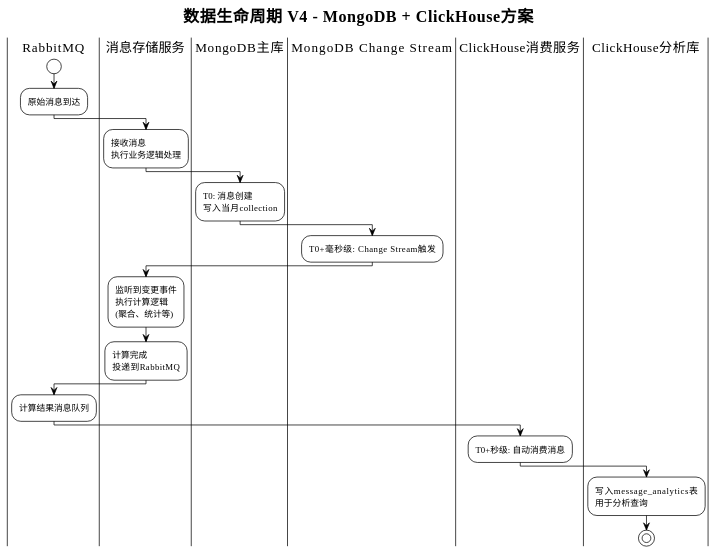
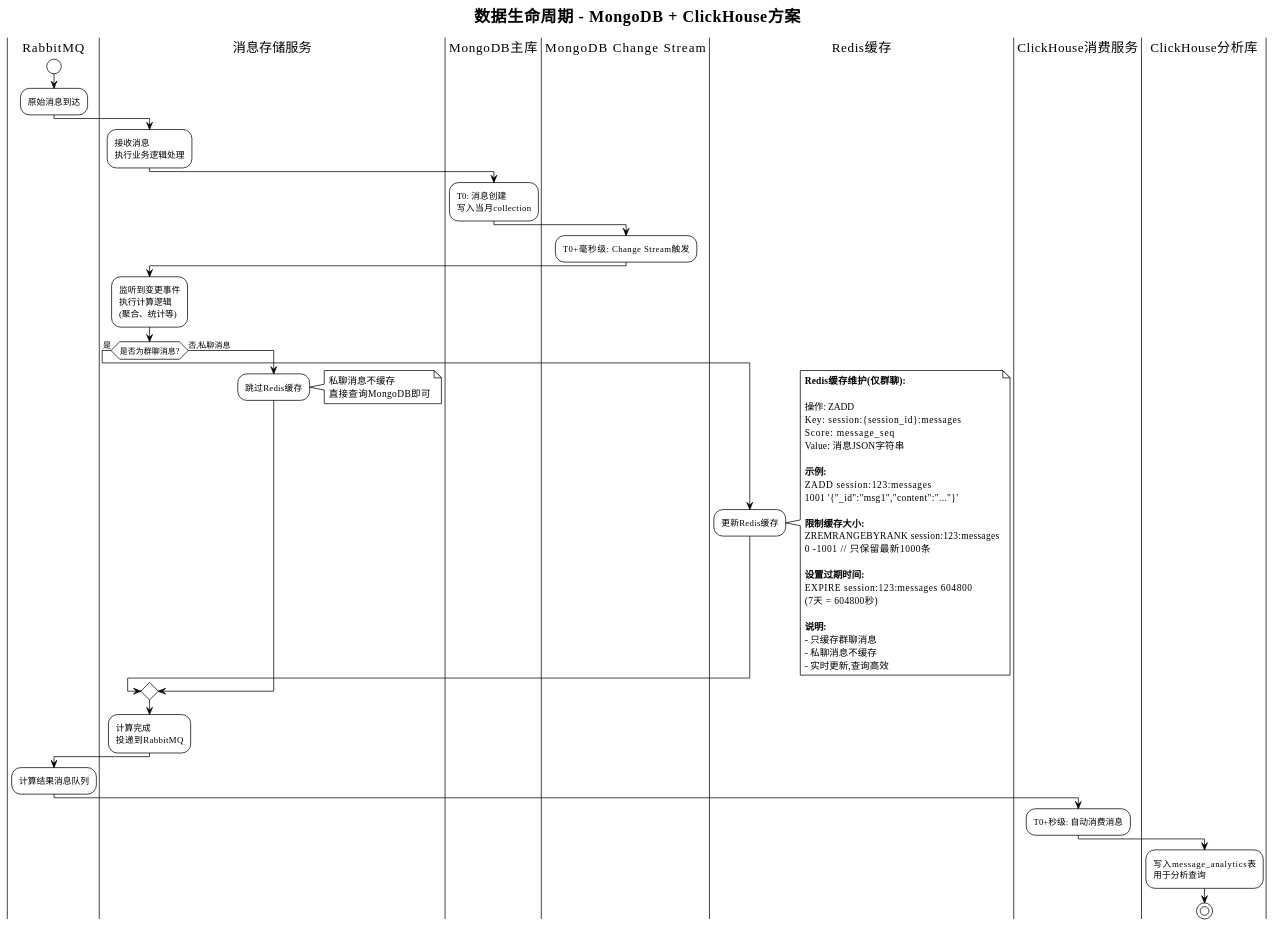
Before and after one commit to bluemacaw-zhou/note: the diagram in im/data-lifecycle.md, drawn with PlantUML.

````diff
--- a/im/data-lifecycle.md
+++ b/im/data-lifecycle.md
@@ -1,8 +1,7 @@
-```plantuml
 @startuml 数据生命周期V4-MongoDB+ClickHouse
 !theme plain
 
-title 数据生命周期 V4 - MongoDB + ClickHouse方案
+title 数据生命周期 - MongoDB + ClickHouse方案
 
 |RabbitMQ|
 
@@ -30,6 +29,51 @@
 执行计算逻辑
 (聚合、统计等);
 
+if (是否为群聊消息?) then (是)
+
+    |Redis缓存|
+
+    :更新Redis缓存;
+    note right
+        <b>Redis缓存维护(仅群聊):</b>
+
+        操作: ZADD
+        Key: session:{session_id}:messages
+        Score: message_seq
+        Value: 消息JSON字符串
+
+        <b>示例:</b>
+        ZADD session:123:messages
+        1001 '{"_id":"msg1","content":"..."}'
+
+        <b>限制缓存大小:</b>
+        ZREMRANGEBYRANK session:123:messages
+        0 -1001  // 只保留最新1000条
+
+        <b>设置过期时间:</b>
+        EXPIRE session:123:messages 604800
+        (7天 = 604800秒)
+
+        <b>说明:</b>
+        - 只缓存群聊消息
+        - 私聊消息不缓存
+        - 实时更新,查询高效
+    end note
+
+else (否,私聊消息)
+
+    |消息存储服务|
+
+    :跳过Redis缓存;
+    note right
+        私聊消息不缓存
+        直接查询MongoDB即可
+    end note
+
+endif
+
+|消息存储服务|
+
 :计算完成
 投递到RabbitMQ;
 
@@ -49,4 +93,3 @@
 stop
 
 @enduml
-```
````
